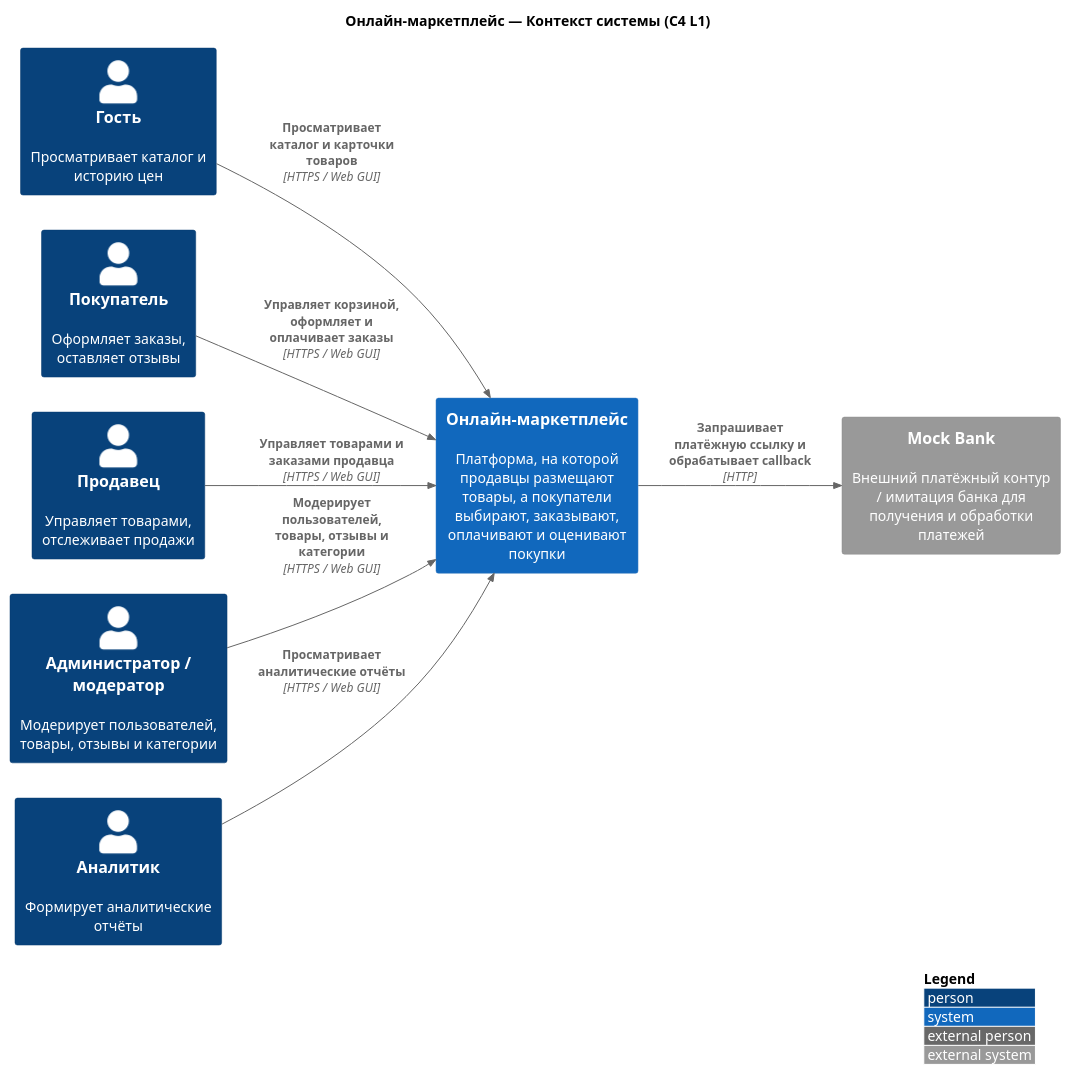
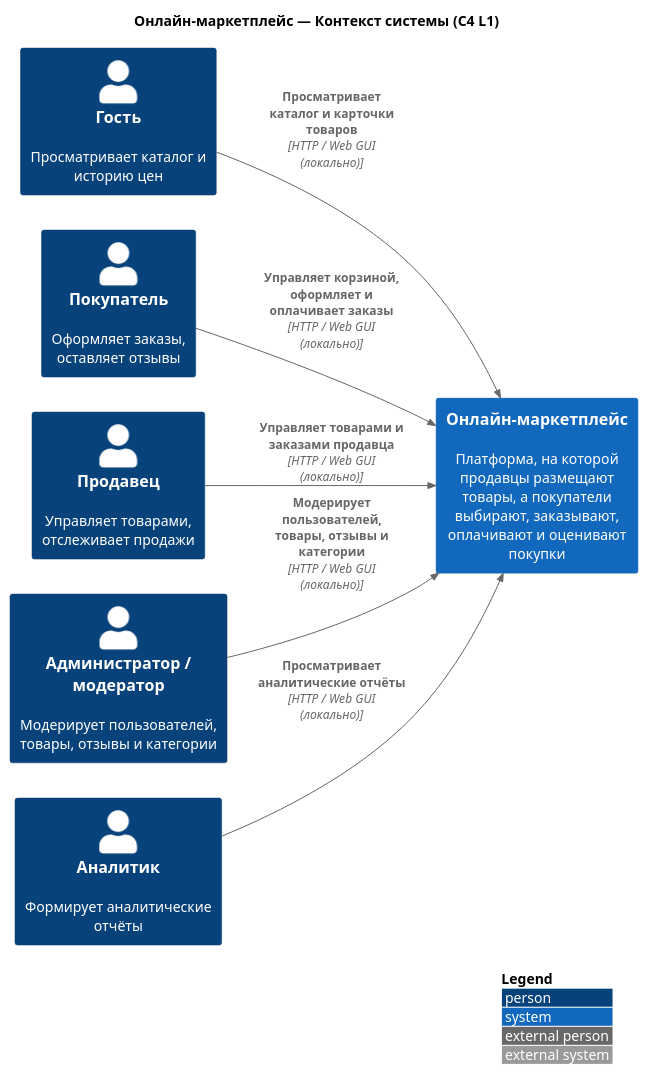
Before and after one commit to beastixq/marketplace: the diagram in diagrams/src/C4_L1.puml, drawn with PlantUML. The commit also changed 13 other files, not shown here.

First line of the commit message:
Актуализированы C4-диаграммы текущего приложения

```diff
--- a/diagrams/src/C4_L1.puml
+++ b/diagrams/src/C4_L1.puml
@@ -1,27 +1,24 @@
 @startuml C4_L1
 !include <C4/C4_Context>
 
 LAYOUT_LEFT_RIGHT()
 
 title Онлайн-маркетплейс — Контекст системы (C4 L1)
 
 Person(guest, "Гость", "Просматривает каталог и историю цен")
 Person(buyer, "Покупатель", "Оформляет заказы, оставляет отзывы")
 Person(seller, "Продавец", "Управляет товарами, отслеживает продажи")
 Person(admin, "Администратор / модератор", "Модерирует пользователей, товары, отзывы и категории")
 Person(analyst, "Аналитик", "Формирует аналитические отчёты")
 
 System(marketplace, "Онлайн-маркетплейс", "Платформа, на которой продавцы размещают товары, а покупатели выбирают, заказывают, оплачивают и оценивают покупки")
 
-System_Ext(bank, "Mock Bank", "Внешний платёжный контур / имитация банка для получения и обработки платежей")
-
-Rel(guest, marketplace, "Просматривает каталог и карточки товаров", "HTTPS / Web GUI")
-Rel(buyer, marketplace, "Управляет корзиной, оформляет и оплачивает заказы", "HTTPS / Web GUI")
-Rel(seller, marketplace, "Управляет товарами и заказами продавца", "HTTPS / Web GUI")
-Rel(admin, marketplace, "Модерирует пользователей, товары, отзывы и категории", "HTTPS / Web GUI")
-Rel(analyst, marketplace, "Просматривает аналитические отчёты", "HTTPS / Web GUI")
-Rel(marketplace, bank, "Запрашивает платёжную ссылку и обрабатывает callback", "HTTP")
+Rel(guest, marketplace, "Просматривает каталог и карточки товаров", "HTTP / Web GUI (локально)")
+Rel(buyer, marketplace, "Управляет корзиной, оформляет и оплачивает заказы", "HTTP / Web GUI (локально)")
+Rel(seller, marketplace, "Управляет товарами и заказами продавца", "HTTP / Web GUI (локально)")
+Rel(admin, marketplace, "Модерирует пользователей, товары, отзывы и категории", "HTTP / Web GUI (локально)")
+Rel(analyst, marketplace, "Просматривает аналитические отчёты", "HTTP / Web GUI (локально)")
 
 LAYOUT_WITH_LEGEND()
 
 @enduml
```
